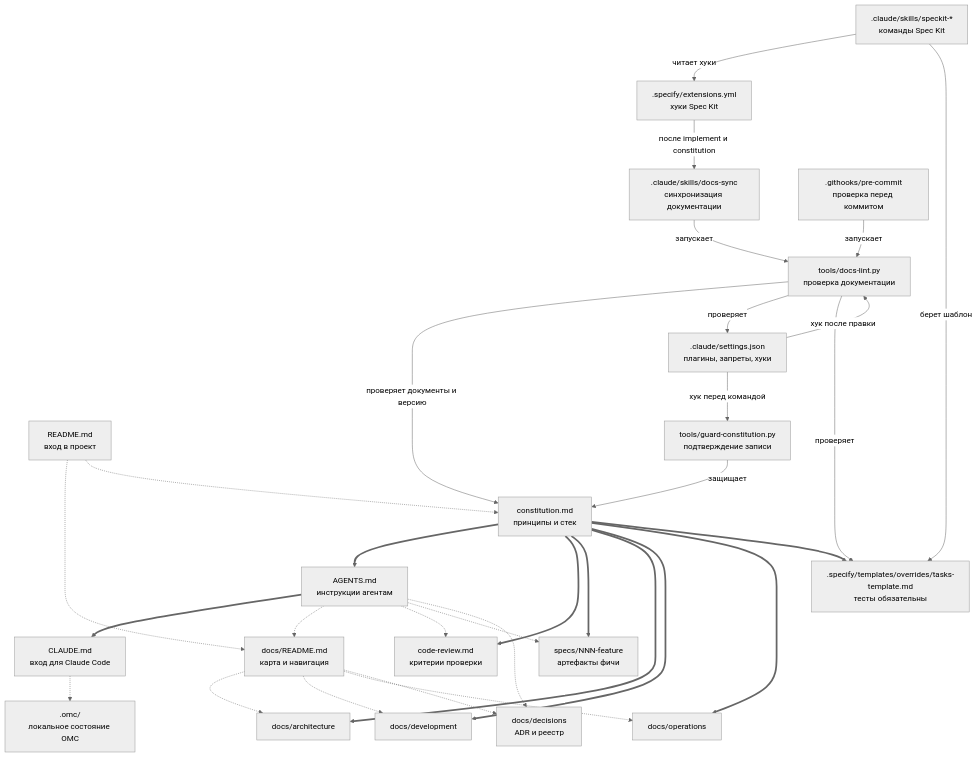
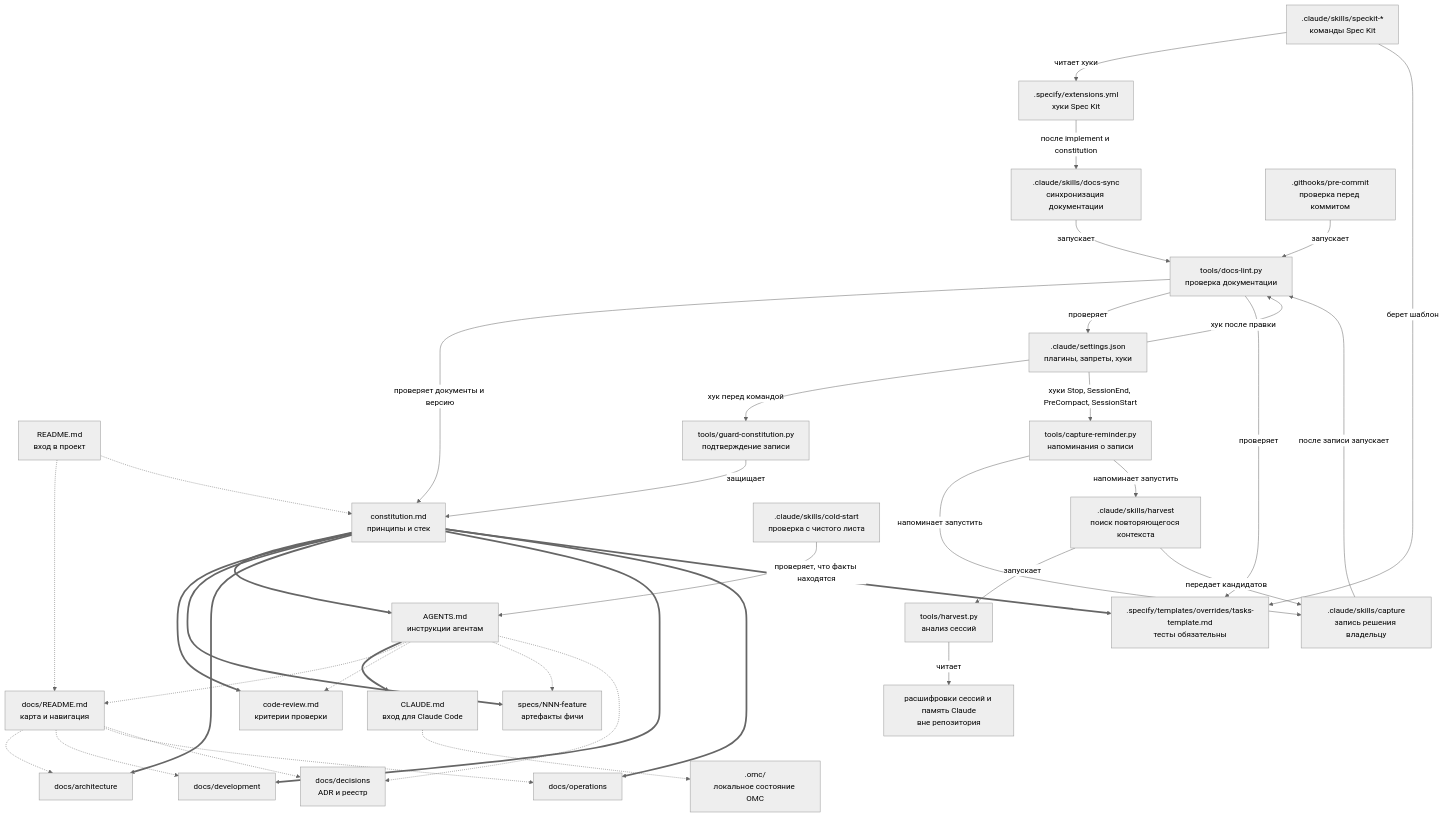
One commit to muhin-g-s/Movie-Service changed the diagram in docs/README.md. Above: the diagram before and after it, drawn with Mermaid (neutral theme). The commit also changed other lines of this file and 10 other files, not shown here.

Commit message:
chore(platform): add capture, harvest and cold-start skills with reminder hooks

````diff
--- a/docs/README.md
+++ b/docs/README.md
@@ -44,55 +45,69 @@
 ```mermaid
 flowchart TD
     C["constitution.md<br/>принципы и стек"]
     A["AGENTS.md<br/>инструкции агентам"]
     CL["CLAUDE.md<br/>вход для Claude Code"]
     CR["code-review.md<br/>критерии проверки"]
     S["specs/NNN-feature<br/>артефакты фичи"]
     R["README.md<br/>вход в проект"]
     D["docs/README.md<br/>карта и навигация"]
     AR["docs/architecture"]
     DV["docs/development"]
     OP["docs/operations"]
     DC["docs/decisions<br/>ADR и реестр"]
     SPK[".claude/skills/speckit-*<br/>команды Spec Kit"]
     OV[".specify/templates/overrides/tasks-template.md<br/>тесты обязательны"]
     EXT[".specify/extensions.yml<br/>хуки Spec Kit"]
     SYNC[".claude/skills/docs-sync<br/>синхронизация документации"]
     LINT["tools/docs-lint.py<br/>проверка документации"]
     GUARD["tools/guard-constitution.py<br/>подтверждение записи"]
     SET[".claude/settings.json<br/>плагины, запреты, хуки"]
     GIT[".githooks/pre-commit<br/>проверка перед коммитом"]
     OMC[".omc/<br/>локальное состояние OMC"]
+    CAP[".claude/skills/capture<br/>запись решения владельцу"]
+    HAR[".claude/skills/harvest<br/>поиск повторяющегося контекста"]
+    COLD[".claude/skills/cold-start<br/>проверка с чистого листа"]
+    HARV["tools/harvest.py<br/>анализ сессий"]
+    REM["tools/capture-reminder.py<br/>напоминания о записи"]
+    TRN["расшифровки сессий и память Claude<br/>вне репозитория"]
 
     C ==> A ==> CL
     C ==> CR
     C ==> S
     C ==> AR
     C ==> DV
     C ==> OP
     C ==> OV
 
     R -.-> D
     R -.-> C
     D -.-> AR
     D -.-> DV
     D -.-> OP
     D -.-> DC
     A -.-> D
     A -.-> CR
     A -.-> S
     A -.-> DC
     CL -.-> OMC
 
     SPK -->|читает хуки| EXT
     SPK -->|берет шаблон| OV
     EXT -->|после implement и constitution| SYNC
     SYNC -->|запускает| LINT
     SET -->|хук после правки| LINT
     SET -->|хук перед командой| GUARD
     GIT -->|запускает| LINT
     GUARD -->|защищает| C
     LINT -->|проверяет документы и версию| C
     LINT -->|проверяет| SET
     LINT -->|проверяет| OV
+    SET -->|хуки Stop, SessionEnd, PreCompact, SessionStart| REM
+    REM -->|напоминает запустить| CAP
+    REM -->|напоминает запустить| HAR
+    HAR -->|запускает| HARV
+    HARV -->|читает| TRN
+    HAR -->|передает кандидатов| CAP
+    CAP -->|после записи запускает| LINT
+    COLD -->|проверяет, что факты находятся| A
 ```
````
